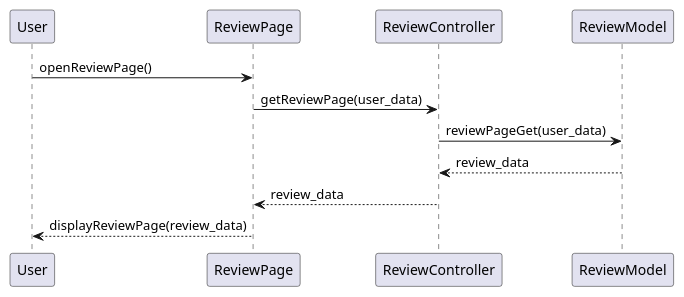
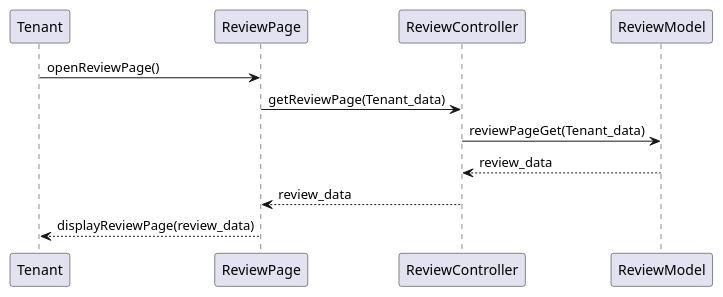
The diagram in Design/BHFMS_SEQUENCE/View Review.puml (AntWort21/BHFMS), drawn with PlantUML before and after one commit. The commit also changed 11 other files, not shown here.

Commit message:
adjusted all diagram's actor

```diff
--- a/Design/BHFMS_SEQUENCE/View Review.puml
+++ b/Design/BHFMS_SEQUENCE/View Review.puml
@@ -1,8 +1,8 @@
 @startuml
-User -> ReviewPage: openReviewPage()
-ReviewPage -> ReviewController: getReviewPage(user_data)
-ReviewController -> ReviewModel: reviewPageGet(user_data)
+Tenant -> ReviewPage: openReviewPage()
+ReviewPage -> ReviewController: getReviewPage(Tenant_data)
+ReviewController -> ReviewModel: reviewPageGet(Tenant_data)
 ReviewController <-- ReviewModel: review_data
 ReviewPage <-- ReviewController: review_data
-User <-- ReviewPage: displayReviewPage(review_data)
+Tenant <-- ReviewPage: displayReviewPage(review_data)
 @enduml
```
